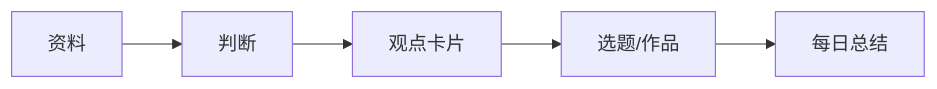
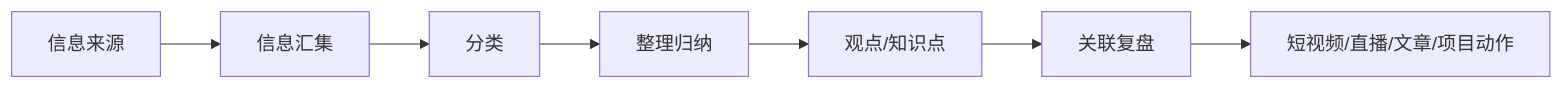
The diagram in 00-开始这里/知识库首页.md (linlonghui999/zhishiku), drawn with Mermaid before and after one commit. The commit also changed other lines of this file and 6 other files, not shown here.

````diff
--- a/00-开始这里/知识库首页.md
+++ b/00-开始这里/知识库首页.md
@@ -31,7 +52,9 @@
 ```mermaid
 flowchart LR
-    A[资料] --> B[判断]
-    B --> C[观点卡片]
-    C --> D[选题/作品]
-    D --> E[每日总结]
+    A[信息来源] --> B[信息汇集]
+    B --> C[分类]
+    C --> D[整理归纳]
+    D --> E[观点/知识点]
+    E --> F[关联复盘]
+    F --> G[短视频/直播/文章/项目动作]
 ```
````
